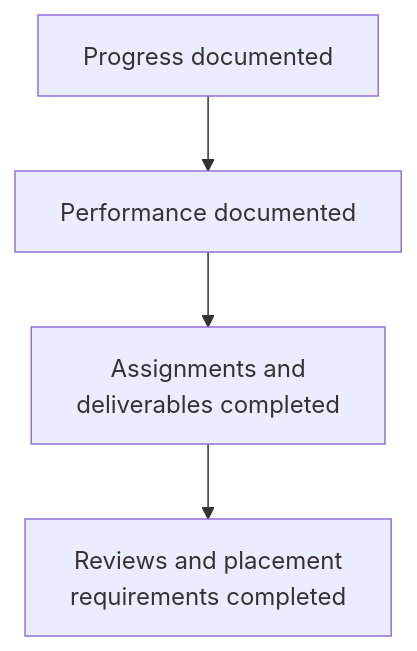
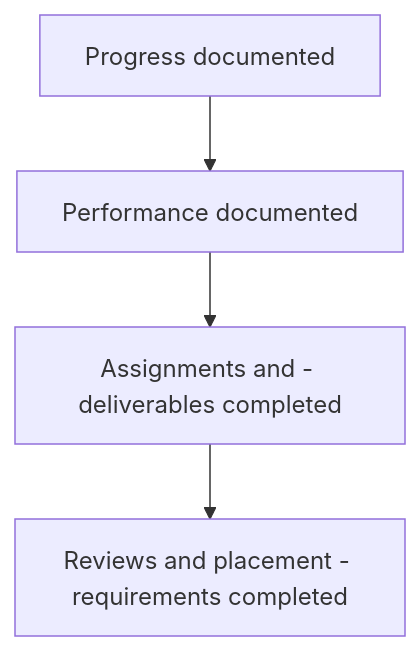
Before and after one commit to RIAHPathway/Website-Draft: the eighth of 18 diagrams in RIAH-PATHWAY-EXPERIENTIAL-STRUCTURE/EXPERIENTIAL-STRUCTURE.md, drawn with Mermaid. The commit also changed other lines of this file, not shown here.

````diff
--- a/RIAH-PATHWAY-EXPERIENTIAL-STRUCTURE/EXPERIENTIAL-STRUCTURE.md
+++ b/RIAH-PATHWAY-EXPERIENTIAL-STRUCTURE/EXPERIENTIAL-STRUCTURE.md
@@ -541,6 +541,6 @@
 ```mermaid
 flowchart TD
     A["Progress documented"] --> B["Performance documented"]
-    B --> C["Assignments and<br>deliverables completed"]
-    C --> D["Reviews and placement<br>requirements completed"]
+    B --> C["Assignments and - deliverables completed"]
+    C --> D["Reviews and placement - requirements completed"]
 ```
````
